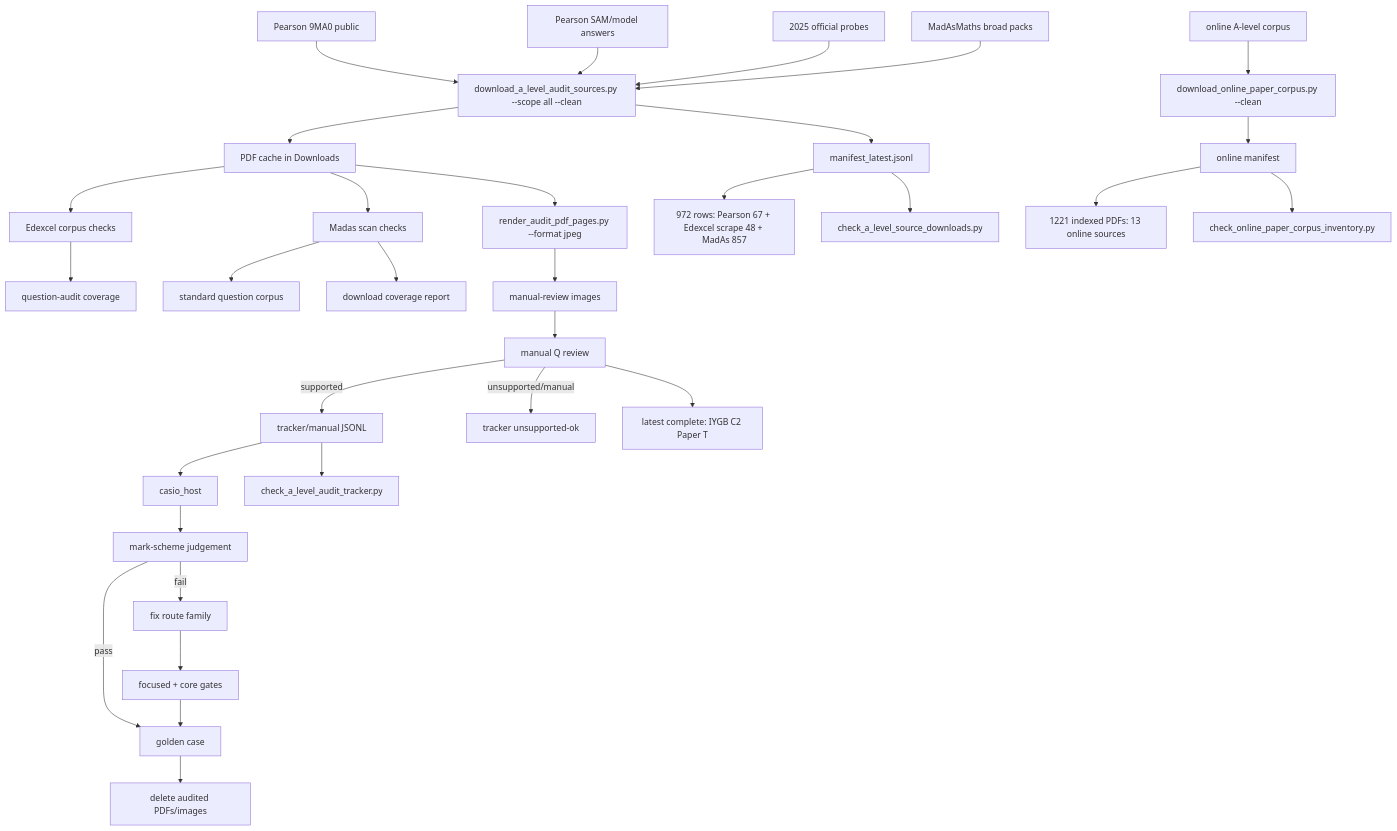
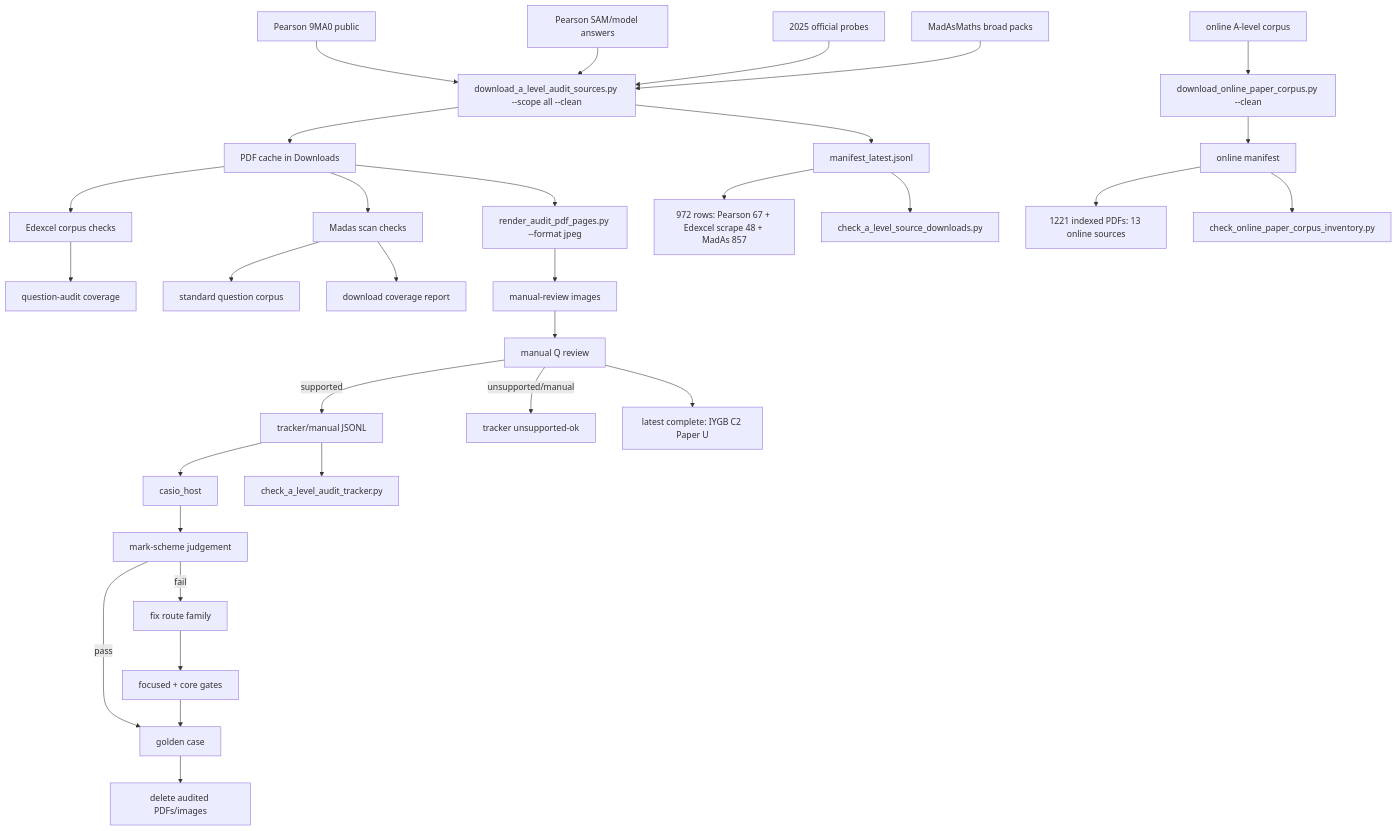
The diagram in c++/tools/golden/a_level_audit_graph.md (james8464/notes-addin-casio-fx-cg50), drawn with Mermaid before and after one commit. The commit also changed other lines of this file and 2 other files, not shown here.

Commit message:
Audit IYGB C2 Paper U

````diff
--- a/c++/tools/golden/a_level_audit_graph.md
+++ b/c++/tools/golden/a_level_audit_graph.md
@@ -3,34 +3,34 @@
 ```mermaid
 graph TD
   E1["Pearson 9MA0 public"] --> D["download_a_level_audit_sources.py --scope all --clean"]
   E2["Pearson SAM/model answers"] --> D
   E3["2025 official probes"] --> D
   M1["MadAsMaths broad packs"] --> D
   O1["online A-level corpus"] --> OD["download_online_paper_corpus.py --clean"]
   D --> P["PDF cache in Downloads"]
   D --> X["manifest_latest.jsonl"]
   OD --> OX["online manifest"]
   X --> XC["972 rows: Pearson 67 + Edexcel scrape 48 + MadAs 857"]
   OX --> OC["1221 indexed PDFs: 13 online sources"]
   X --> V["check_a_level_source_downloads.py"]
   OX --> OV["check_online_paper_corpus_inventory.py"]
   P --> E["Edexcel corpus checks"]
   E --> EQ["question-audit coverage"]
   P --> S["Madas scan checks"]
   S --> M["standard question corpus"]
   S --> MC["download coverage report"]
   P --> R["render_audit_pdf_pages.py --format jpeg"]
   R --> I["manual-review images"]
   I --> Q["manual Q review"]
   Q -->|supported| J["tracker/manual JSONL"]
   Q -->|unsupported/manual| U["tracker unsupported-ok"]
   J --> H["casio_host"]
   J --> K["check_a_level_audit_tracker.py"]
   H --> C["mark-scheme judgement"]
   C -->|pass| G["golden case"]
   C -->|fail| F["fix route family"]
   F --> T["focused + core gates"]
   T --> G
   G --> Z["delete audited PDFs/images"]
-  Q --> Qt["latest complete: IYGB C2 Paper T"]
+  Q --> Qt["latest complete: IYGB C2 Paper U"]
 ```
````
